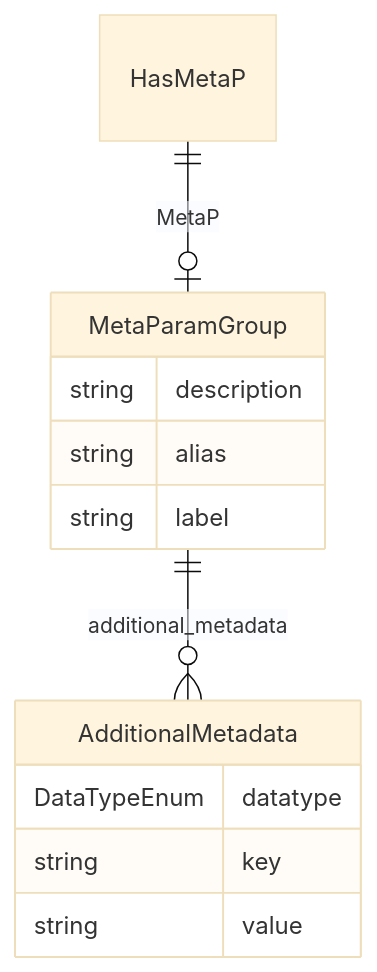
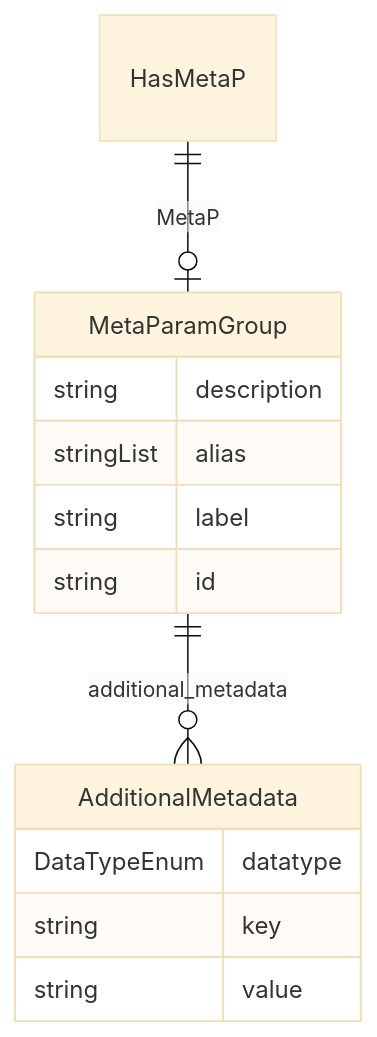
Before and after one commit to pals-project/pals-facility-config: the diagram in docs/elements/classes/HasMetaP.md, drawn with Mermaid (base theme). The commit also changed other lines of this file and 499 other files, not shown here.

````diff
--- a/docs/elements/classes/HasMetaP.md
+++ b/docs/elements/classes/HasMetaP.md
@@ -10,20 +10,21 @@
 ```mermaid
 erDiagram
 AdditionalMetadata {
     DataTypeEnum datatype  
     string key  
     string value  
 }
 HasMetaP {
 
 }
 MetaParamGroup {
     string description  
-    string alias  
+    stringList alias  
     string label  
+    string id  
 }
 
 HasMetaP ||--|o MetaParamGroup : "MetaP"
 MetaParamGroup ||--}o AdditionalMetadata : "additional_metadata"
 
 ```
````
